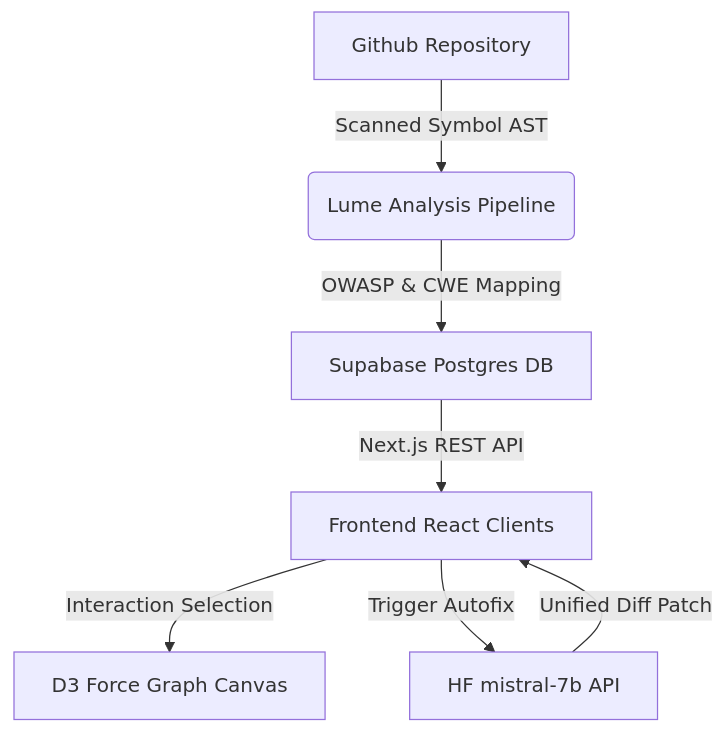
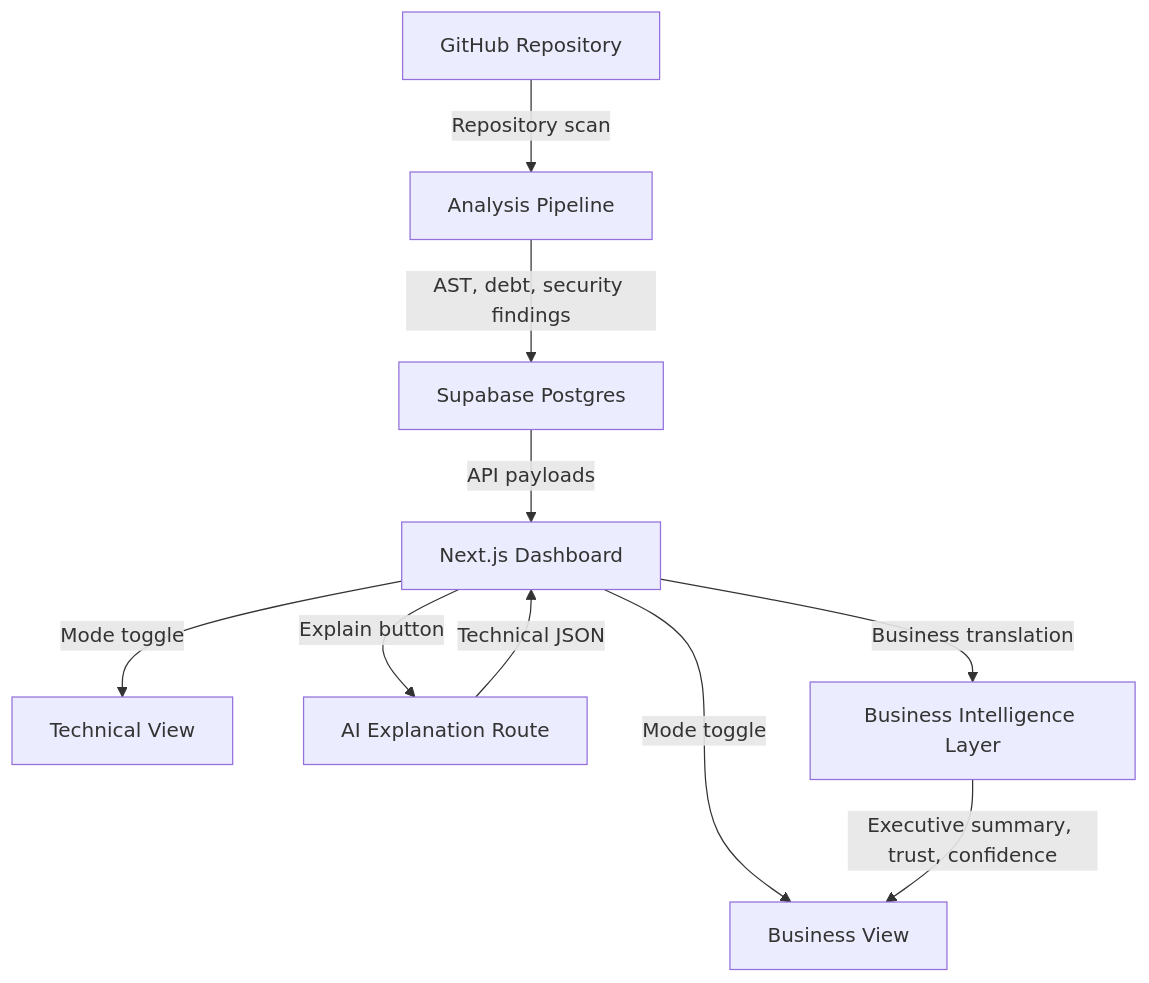
One commit to rishiii183/Lume changed the diagram in README.md. Above: the diagram before and after it, drawn with Mermaid. The commit also changed other lines of this file, not shown here.

Commit message:
refine README.md to enhance clarity on platform features and dual-view experience

````diff
--- a/README.md
+++ b/README.md
@@ -40,9 +154,12 @@
 ```mermaid
 graph TD
-    A[Github Repository] -->|Scanned Symbol AST| B(Lume Analysis Pipeline)
-    B -->|OWASP & CWE Mapping| C[Supabase Postgres DB]
-    C -->|Next.js REST API| D[Frontend React Clients]
-    D -->|Interaction Selection| E[D3 Force Graph Canvas]
-    D -->|Trigger Autofix| F[HF mistral-7b API]
-    F -->|Unified Diff Patch| D
+    A[GitHub Repository] -->|Repository scan| B[Analysis Pipeline]
+    B -->|AST, debt, security findings| C[Supabase Postgres]
+    C -->|API payloads| D[Next.js Dashboard]
+    D -->|Mode toggle| E[Technical View]
+    D -->|Mode toggle| F[Business View]
+    D -->|Explain button| G[AI Explanation Route]
+    G -->|Technical JSON| D
+    D -->|Business translation| H[Business Intelligence Layer]
+    H -->|Executive summary, trust, confidence| F
 ```
````
